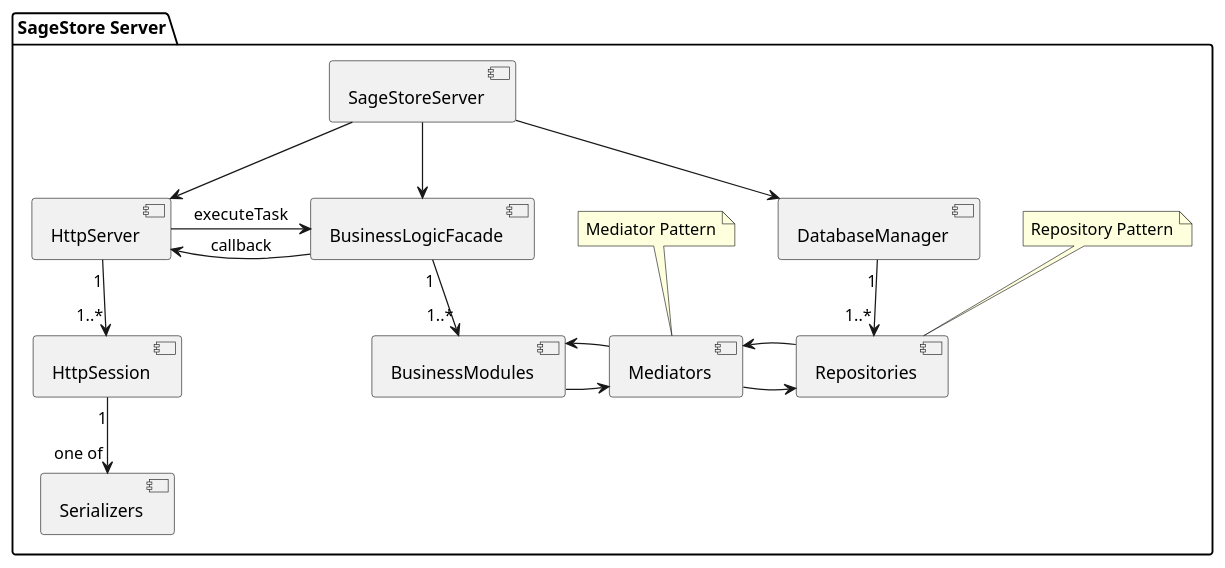
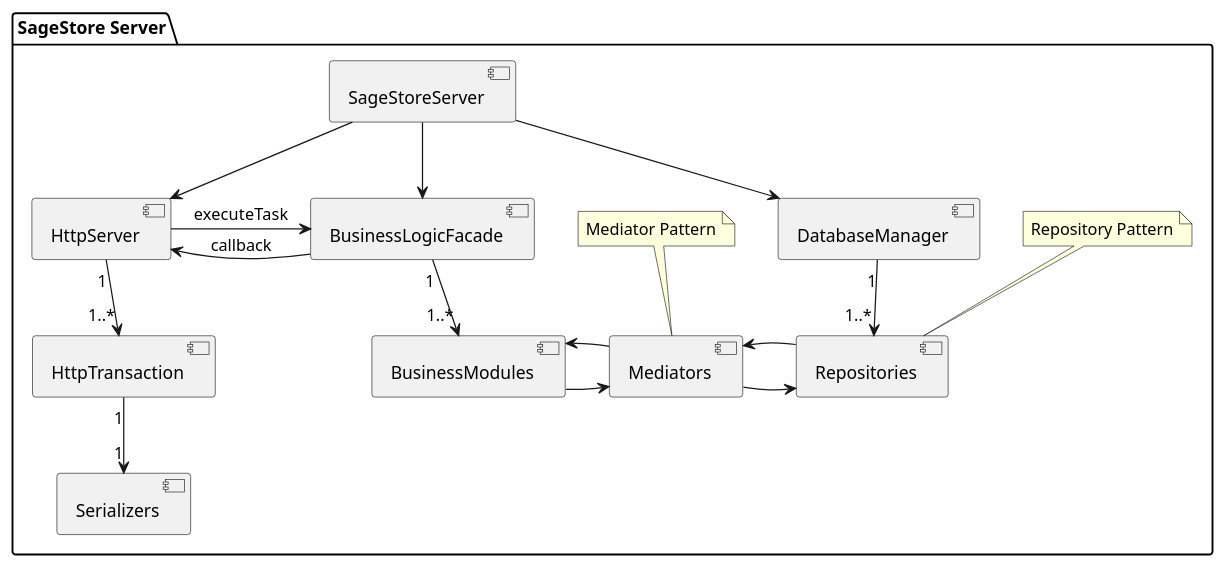
One commit to Sage-Cat/SageStore changed the diagram in docs/server/plantuml/Server_Design.puml. Above: the diagram before and after it, drawn with PlantUML. The commit also changed 54 other files, not shown here.

```diff
--- a/docs/server/plantuml/Server_Design.puml
+++ b/docs/server/plantuml/Server_Design.puml
@@ -1,41 +1,41 @@
 @startuml
 skinparam componentStyle uml2
 
 package "SageStore Server" {
     [SageStoreServer] as SSS 
-    [HttpServer] as HSer 
-    [HttpSession] as HSes 
+    [HttpServer] as HS 
+    [HttpTransaction] as HT 
     [Serializers] as S 
     [BusinessLogicFacade] as BLF 
     [BusinessModules] as BM 
     [Mediators] as M 
     [DatabaseManager] as DM
     [Repositories] as R  
 
-    SSS -down-> HSer 
+    SSS -down-> HS 
     SSS -down-> BLF 
     SSS -down-> DM
 
-    HSer -right-> BLF : "executeTask"
-    HSer <-right- BLF : "callback"
+    HS -right-> BLF : "executeTask"
+    HS <-right- BLF : "callback"
 
-    HSer "1"-down->"1..*" HSes
-    HSes "1"-down->"one of" S 
+    HS "1"-down->"1..*" HT
+    HT "1"-down->"1" S 
 
     BLF "1"-down->"1..*" BM
 
     DM "1"-down->"1..*" R 
 
     BM -right-> M
     BM <-right- M 
     M -right-> R 
     M <-right- R
 
     note "Mediator Pattern" as MediatorNote
     MediatorNote .. M
 
     note "Repository Pattern" as RepoNote
     RepoNote .. R
 }
 
 @enduml
```
